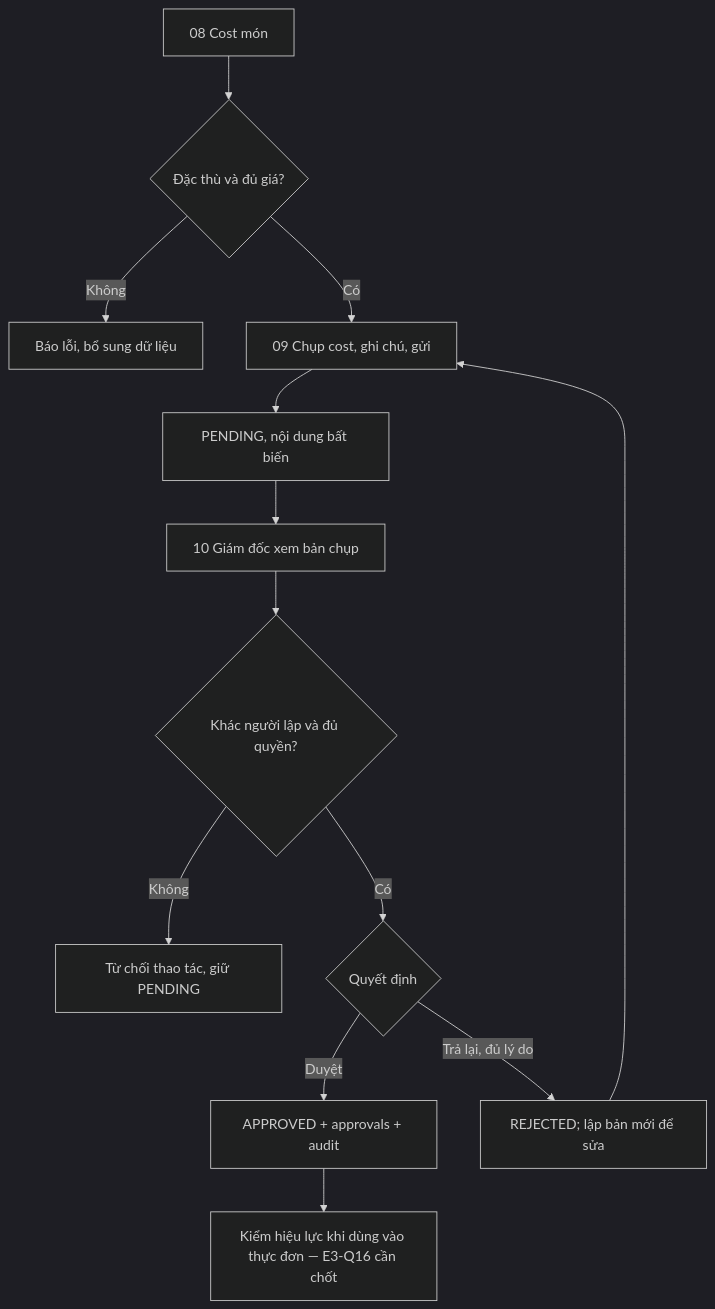
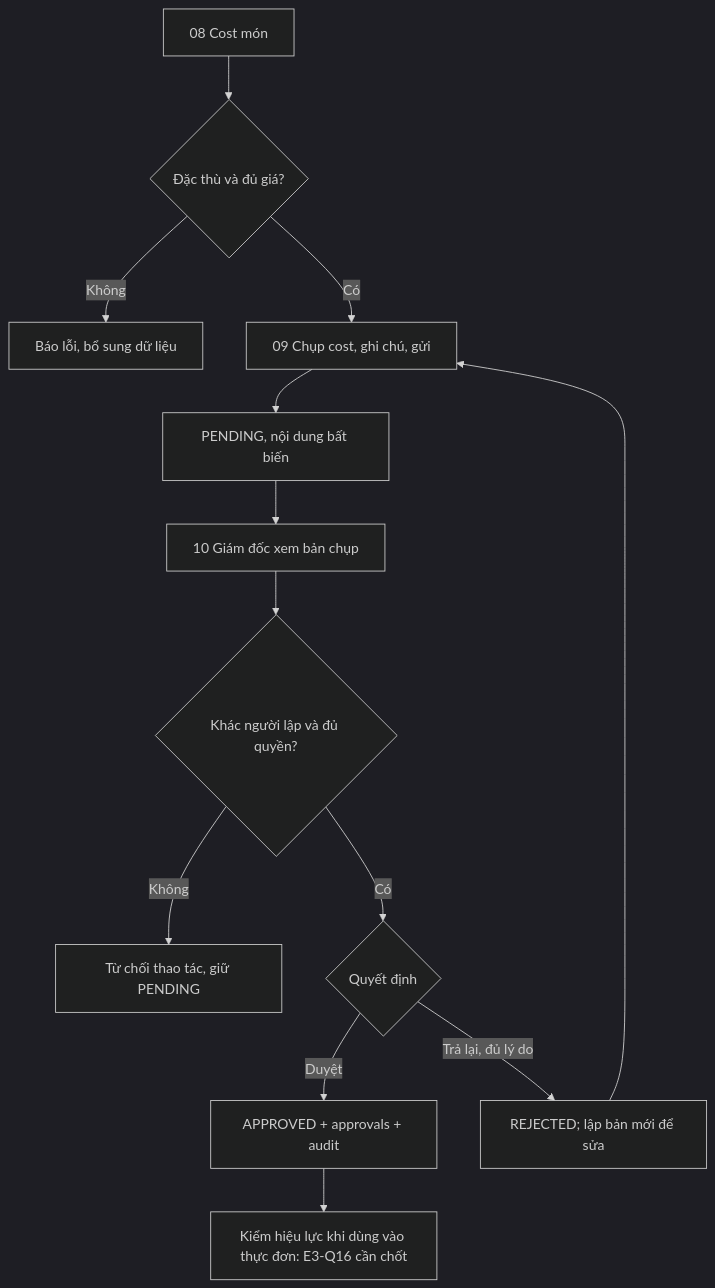
One commit to 18lonely/Gia_Phat_Catering changed the second of 7 diagrams in docs/cost/ui/user-flow.md. Above: the diagram before and after it, drawn with Mermaid (dark theme). The commit also changed other lines of this file and 568 other files, not shown here.

````diff
--- a/docs/cost/ui/user-flow.md
+++ b/docs/cost/ui/user-flow.md
@@ -93,15 +93,15 @@
 ```mermaid
 flowchart TD
  A["08 Cost món"] --> B{"Đặc thù và đủ giá?"}
  B -->|"Không"| C["Báo lỗi, bổ sung dữ liệu"]
  B -->|"Có"| D["09 Chụp cost, ghi chú, gửi"]
  D --> P["PENDING, nội dung bất biến"]
  P --> G["10 Giám đốc xem bản chụp"]
  G --> K{"Khác người lập và đủ quyền?"}
  K -->|"Không"| E["Từ chối thao tác, giữ PENDING"]
  K -->|"Có"| V{"Quyết định"}
  V -->|"Duyệt"| Y["APPROVED + approvals + audit"]
  V -->|"Trả lại, đủ lý do"| N["REJECTED; lập bản mới để sửa"]
  N --> D
- Y --> Z["Kiểm hiệu lực khi dùng vào thực đơn — E3-Q16 cần chốt"]
+ Y --> Z["Kiểm hiệu lực khi dùng vào thực đơn: E3-Q16 cần chốt"]
 ```
````
